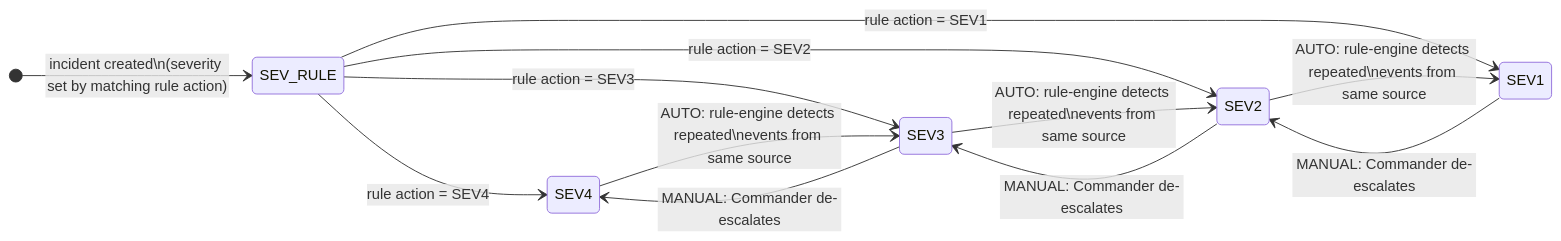
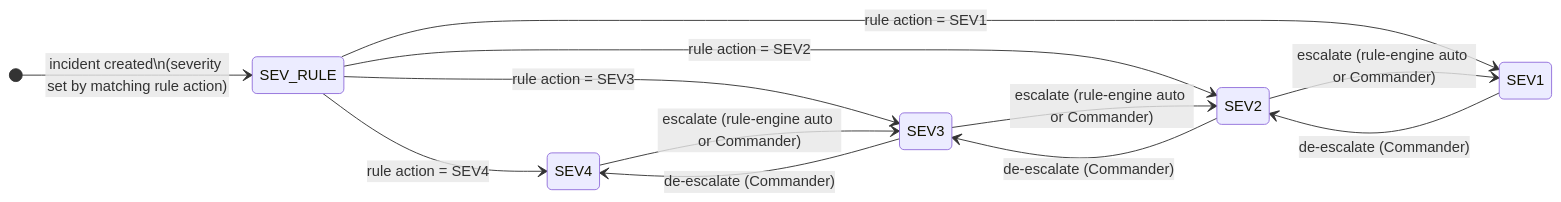
The second of 2 diagrams in docs/deliverables/2026-05-08-uml-diagrams/state_diagram.md (AET-DevOps26/team-panic-at-the-console), drawn with Mermaid before and after one commit.

Commit message:
improve auto severity improvement diagrams

````diff
--- a/docs/deliverables/2026-05-08-uml-diagrams/state_diagram.md
+++ b/docs/deliverables/2026-05-08-uml-diagrams/state_diagram.md
@@ -50,19 +50,19 @@
 ```mermaid
 stateDiagram-v2
     direction LR
 
     [*] --> SEV_RULE: incident created\n(severity set by matching rule action)
 
     SEV_RULE --> SEV4 : rule action = SEV4
     SEV_RULE --> SEV3 : rule action = SEV3
     SEV_RULE --> SEV2 : rule action = SEV2
     SEV_RULE --> SEV1 : rule action = SEV1
 
-    SEV4 --> SEV3: AUTO: rule-engine detects repeated\nevents from same source
-    SEV3 --> SEV2: AUTO: rule-engine detects repeated\nevents from same source
-    SEV2 --> SEV1: AUTO: rule-engine detects repeated\nevents from same source
+    SEV4 --> SEV3: escalate (rule-engine auto or Commander)
+    SEV3 --> SEV2: escalate (rule-engine auto or Commander)
+    SEV2 --> SEV1: escalate (rule-engine auto or Commander)
 
-    SEV3 --> SEV4: MANUAL: Commander de-escalates
-    SEV2 --> SEV3: MANUAL: Commander de-escalates
-    SEV1 --> SEV2: MANUAL: Commander de-escalates
+    SEV3 --> SEV4: de-escalate (Commander)
+    SEV2 --> SEV3: de-escalate (Commander)
+    SEV1 --> SEV2: de-escalate (Commander)
 ```
````
